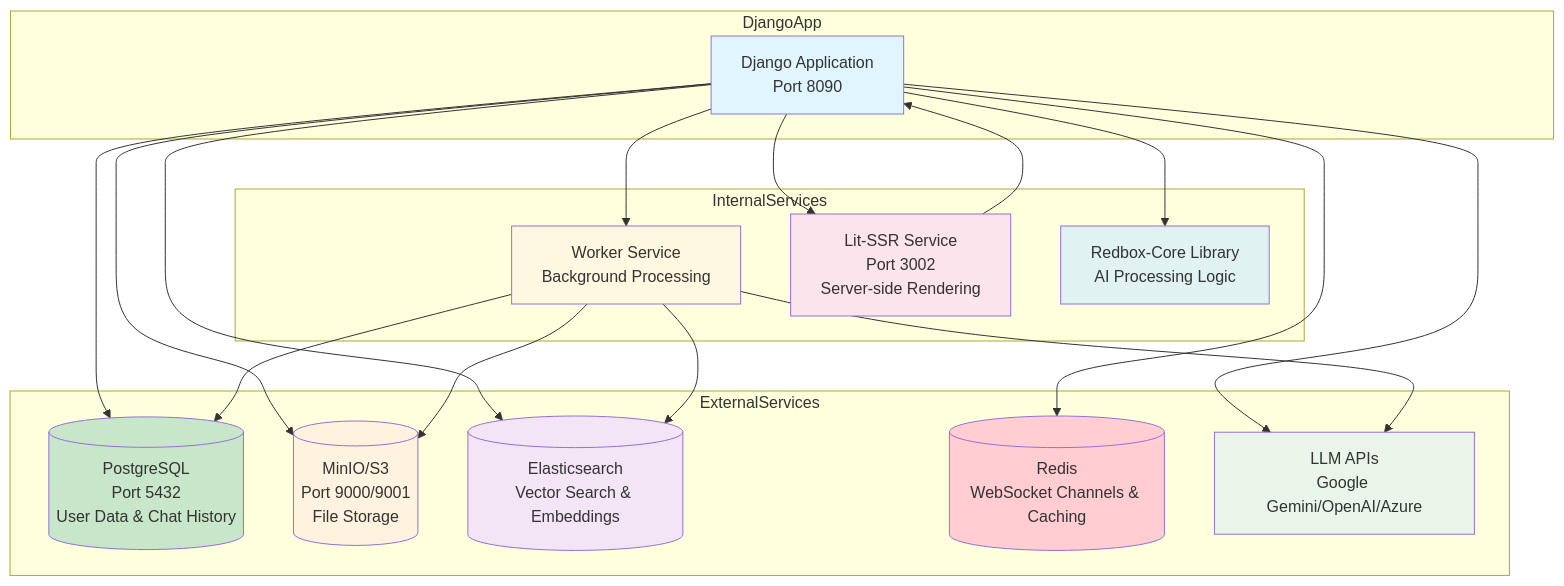
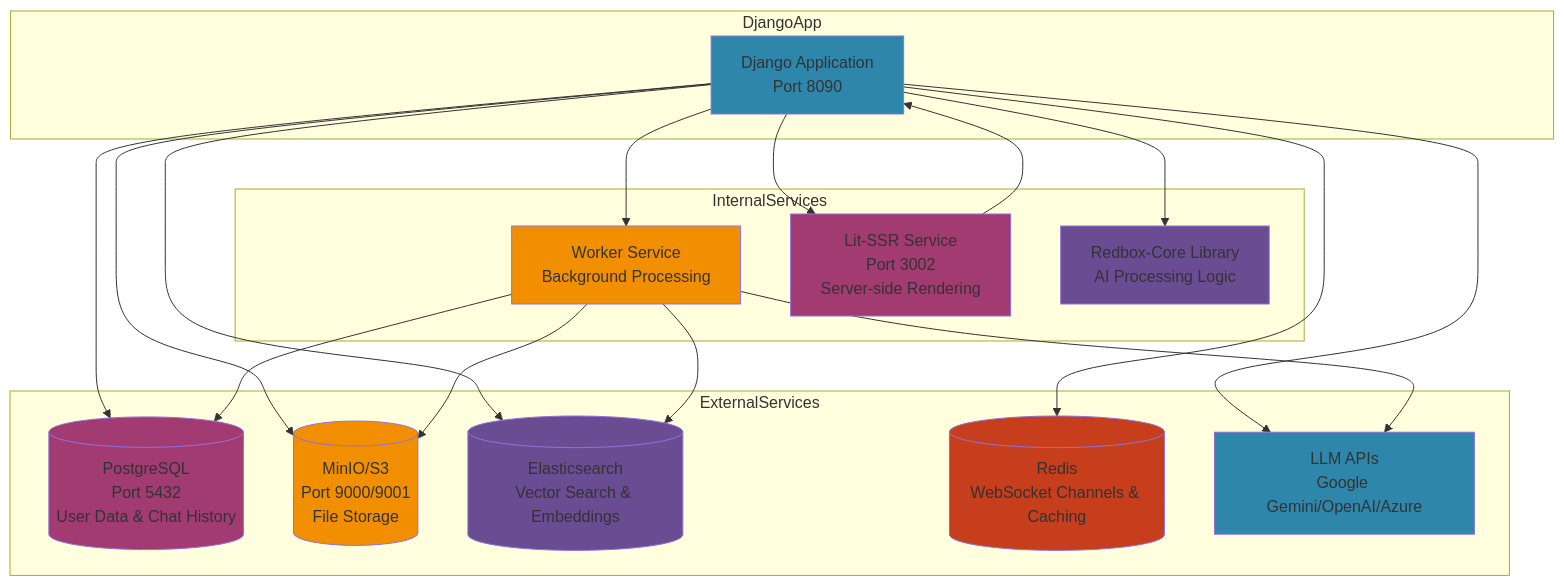
Diagram 12 of 12 in knowledge-bank/django-app-service-audit.md (Blessan-Alex/redbox-v2), drawn with Mermaid before and after one commit. The commit also changed other lines of this file, not shown here.

Commit message:
fixing django app audit file diagram errors

````diff
--- a/knowledge-bank/django-app-service-audit.md
+++ b/knowledge-bank/django-app-service-audit.md
@@ -906,46 +941,46 @@
 ```mermaid
 graph TB
     subgraph DjangoApp
-        DJANGO[Django Application<br/>Port 8090]
+        DJANGO["Django Application<br/>Port 8090"]
     end
     
     subgraph ExternalServices
-        POSTGRES[(PostgreSQL<br/>Port 5432<br/>User Data & Chat History)]
-        MINIO[(MinIO/S3<br/>Port 9000/9001<br/>File Storage)]
-        ELASTIC[(Elasticsearch<br/>Vector Search & Embeddings)]
-        REDIS[(Redis<br/>WebSocket Channels & Caching)]
-        LLM[LLM APIs<br/>Google Gemini/OpenAI/Azure]
+        POSTGRES[("PostgreSQL<br/>Port 5432<br/>User Data & Chat History")]
+        MINIO[("MinIO/S3<br/>Port 9000/9001<br/>File Storage")]
+        ELASTIC[("Elasticsearch<br/>Vector Search & Embeddings")]
+        REDIS[("Redis<br/>WebSocket Channels & Caching")]
+        LLM["LLM APIs<br/>Google Gemini/OpenAI/Azure"]
     end
     
     subgraph InternalServices
-        WORKER[Worker Service<br/>Background Processing]
-        LIT_SSR[Lit-SSR Service<br/>Port 3002<br/>Server-side Rendering]
-        REDBOX_CORE[Redbox-Core Library<br/>AI Processing Logic]
+        WORKER["Worker Service<br/>Background Processing"]
+        LIT_SSR["Lit-SSR Service<br/>Port 3002<br/>Server-side Rendering"]
+        REDBOX_CORE["Redbox-Core Library<br/>AI Processing Logic"]
     end
     
     DJANGO --> POSTGRES
     DJANGO --> MINIO
     DJANGO --> ELASTIC
     DJANGO --> REDIS
     DJANGO --> LLM
     DJANGO --> WORKER
     DJANGO --> LIT_SSR
     DJANGO --> REDBOX_CORE
     
     WORKER --> MINIO
     WORKER --> ELASTIC
     WORKER --> LLM
     WORKER --> POSTGRES
     
     LIT_SSR --> DJANGO
     
-    style DJANGO fill:#e1f5fe
-    style POSTGRES fill:#c8e6c9
-    style MINIO fill:#fff3e0
-    style ELASTIC fill:#f3e5f5
-    style REDIS fill:#ffcdd2
-    style LLM fill:#e8f5e8
-    style WORKER fill:#fff8e1
-    style LIT_SSR fill:#fce4ec
-    style REDBOX_CORE fill:#e0f2f1
+    style DJANGO fill:#2E86AB
+    style POSTGRES fill:#A23B72
+    style MINIO fill:#F18F01
+    style ELASTIC fill:#6A4C93
+    style REDIS fill:#C73E1D
+    style LLM fill:#2E86AB
+    style WORKER fill:#F18F01
+    style LIT_SSR fill:#A23B72
+    style REDBOX_CORE fill:#6A4C93
 ```
````
